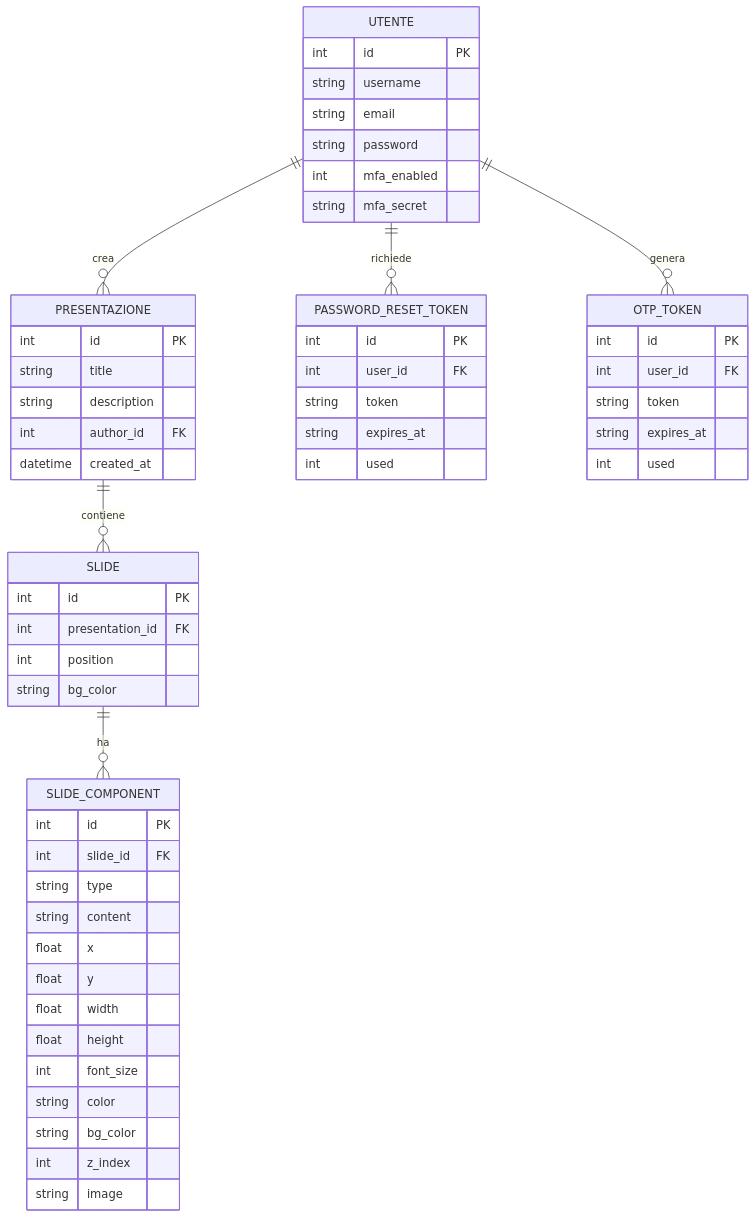
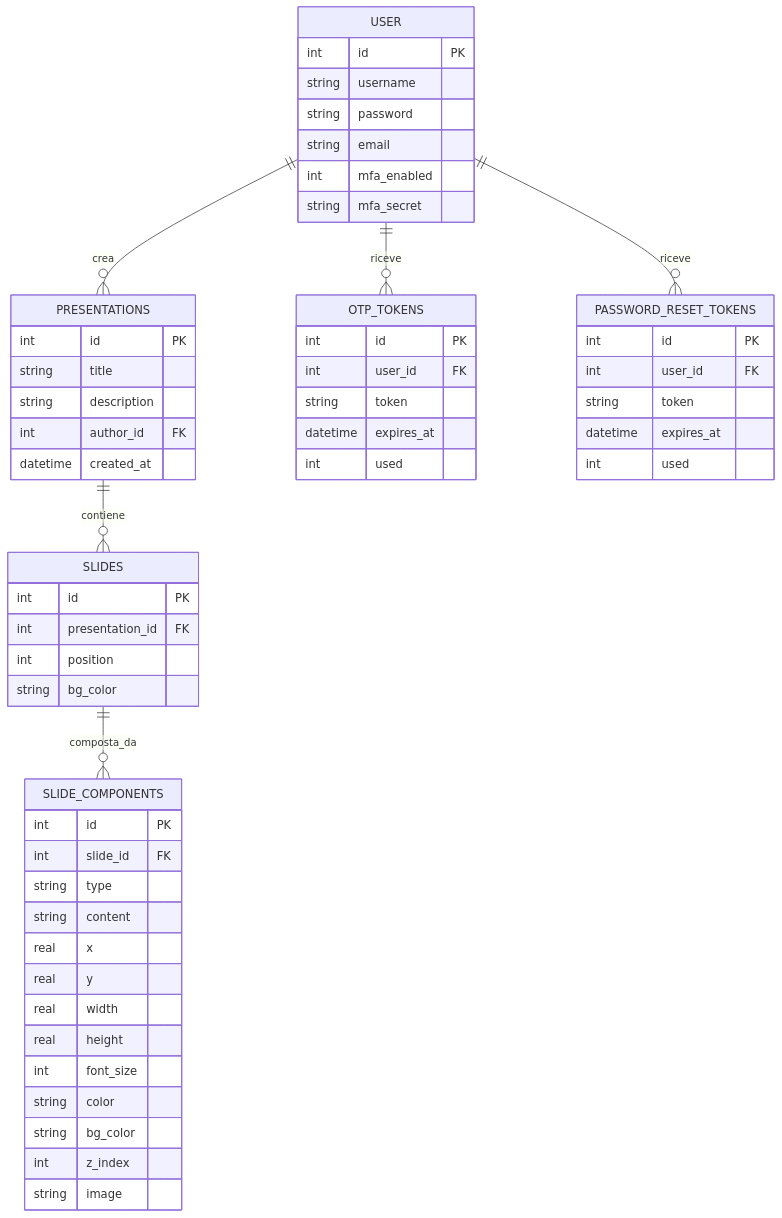
The first of 3 diagrams in Documento_Requisiti_SlidesApp.md (CristianMonticelli/Progetto_Maturita), drawn with Mermaid before and after one commit. The commit also changed other lines of this file and 3 other files, not shown here.

````diff
--- a/Documento_Requisiti_SlidesApp.md
+++ b/Documento_Requisiti_SlidesApp.md
@@ -119,59 +119,59 @@
 ```mermaid
 erDiagram
-    UTENTE {
+    USER {
         int id PK
         string username
+        string password
         string email
-        string password
         int mfa_enabled
         string mfa_secret
     }
-    PRESENTAZIONE {
+    PRESENTATIONS {
         int id PK
         string title
         string description
         int author_id FK
         datetime created_at
     }
-    SLIDE {
+    SLIDES {
         int id PK
         int presentation_id FK
         int position
         string bg_color
     }
-    SLIDE_COMPONENT {
+    SLIDE_COMPONENTS {
         int id PK
         int slide_id FK
         string type
         string content
-        float x
-        float y
-        float width
-        float height
+        real x
+        real y
+        real width
+        real height
         int font_size
         string color
         string bg_color
         int z_index
         string image
     }
-    PASSWORD_RESET_TOKEN {
+    OTP_TOKENS {
         int id PK
         int user_id FK
         string token
-        string expires_at
+        datetime expires_at
         int used
     }
-    OTP_TOKEN {
+    PASSWORD_RESET_TOKENS {
         int id PK
         int user_id FK
         string token
-        string expires_at
+        datetime expires_at
         int used
     }
 
-    UTENTE ||--o{ PRESENTAZIONE : crea
-    PRESENTAZIONE ||--o{ SLIDE : contiene
-    SLIDE ||--o{ SLIDE_COMPONENT : ha
-    UTENTE ||--o{ PASSWORD_RESET_TOKEN : richiede
-    UTENTE ||--o{ OTP_TOKEN : genera
+    USER ||--o{ PRESENTATIONS : crea
+    PRESENTATIONS ||--o{ SLIDES : contiene
+    SLIDES ||--o{ SLIDE_COMPONENTS : composta_da
+    USER ||--o{ OTP_TOKENS : riceve
+    USER ||--o{ PASSWORD_RESET_TOKENS : riceve
 ```
````
